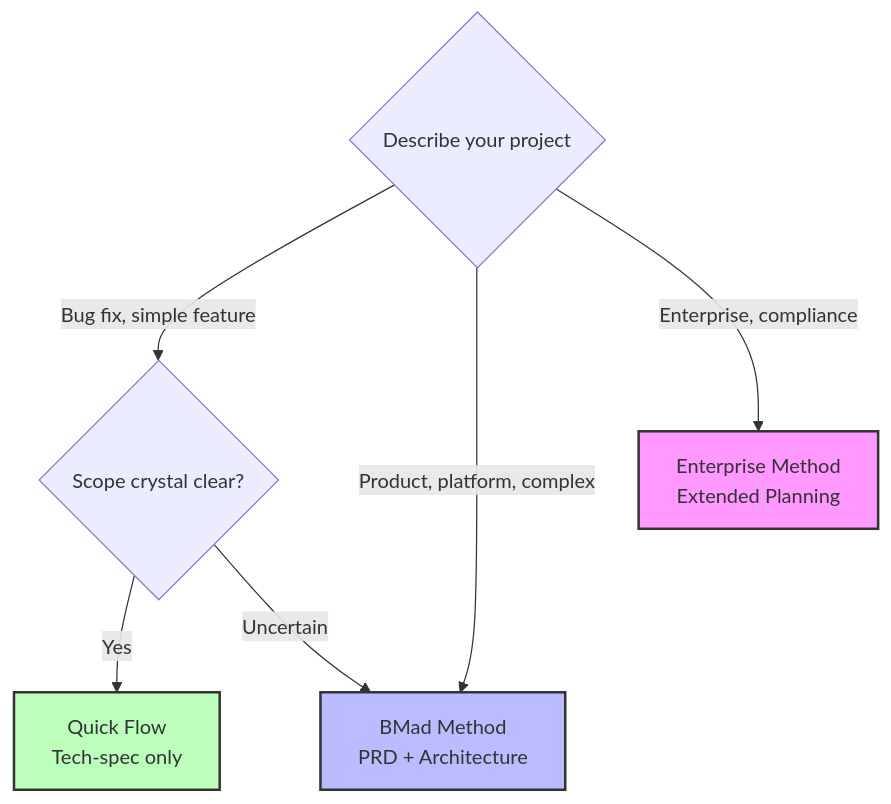
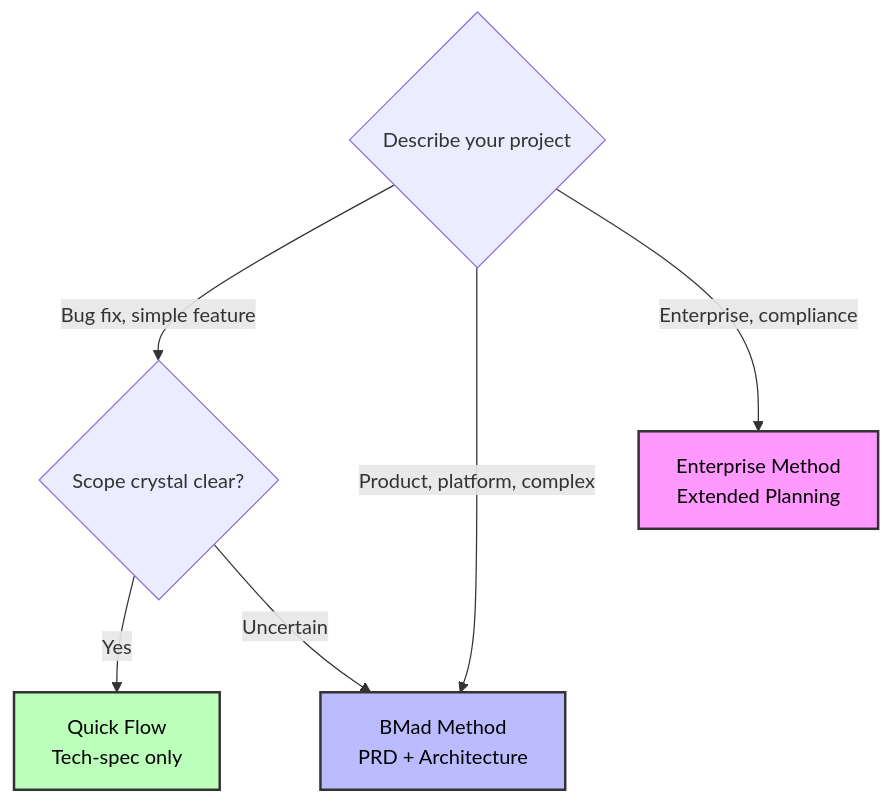
The first of 2 diagrams in bmad/bmm/docs/scale-adaptive-system.md (steven-d-pennington/symptom-tracker), drawn with Mermaid before and after one commit. The commit also changed other lines of this file and 204 other files, not shown here.

````diff
--- a/bmad/bmm/docs/scale-adaptive-system.md
+++ b/bmad/bmm/docs/scale-adaptive-system.md
@@ -43,15 +43,15 @@
 ```mermaid
 flowchart TD
     START{Describe your project}
 
     START -->|Bug fix, simple feature| Q1{Scope crystal clear?}
     START -->|Product, platform, complex| M[BMad Method<br/>PRD + Architecture]
     START -->|Enterprise, compliance| E[Enterprise Method<br/>Extended Planning]
 
     Q1 -->|Yes| QF[Quick Flow<br/>Tech-spec only]
     Q1 -->|Uncertain| M
 
-    style QF fill:#bfb,stroke:#333,stroke-width:2px
-    style M fill:#bbf,stroke:#333,stroke-width:2px
-    style E fill:#f9f,stroke:#333,stroke-width:2px
+    style QF fill:#bfb,stroke:#333,stroke-width:2px,color:#000
+    style M fill:#bbf,stroke:#333,stroke-width:2px,color:#000
+    style E fill:#f9f,stroke:#333,stroke-width:2px,color:#000
 ```
````
